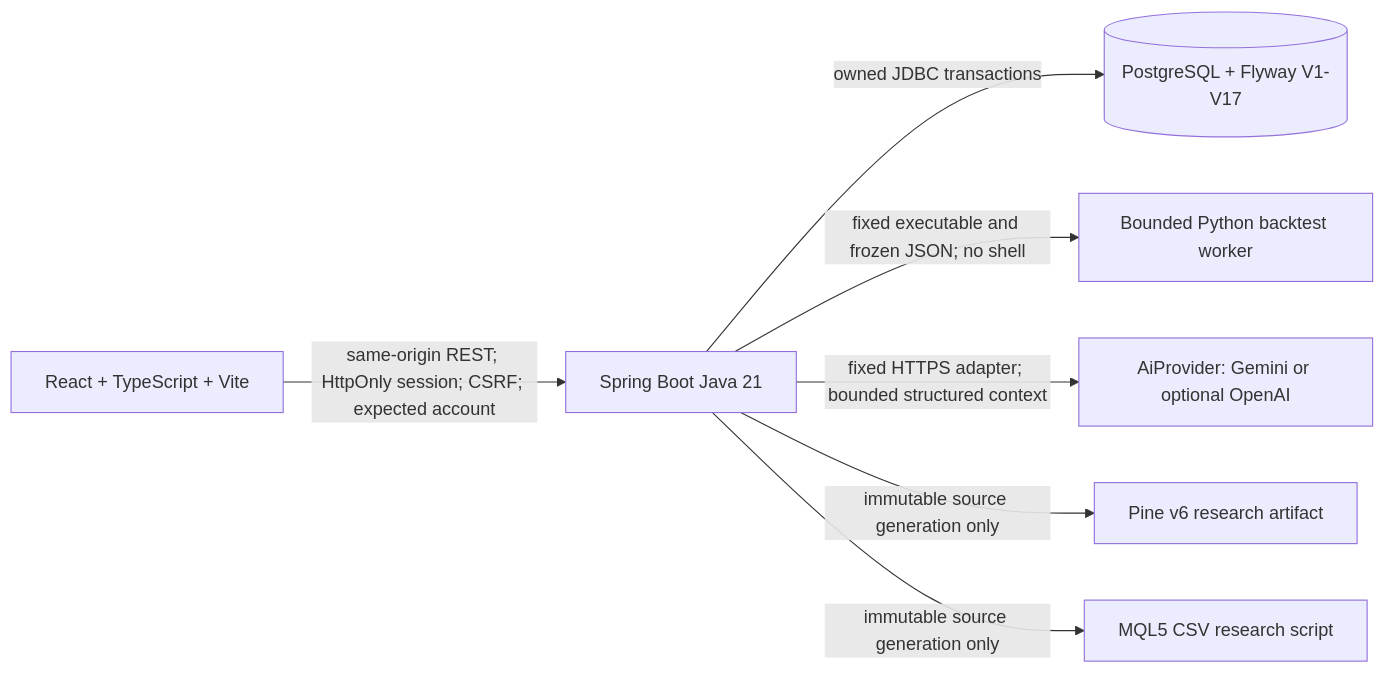
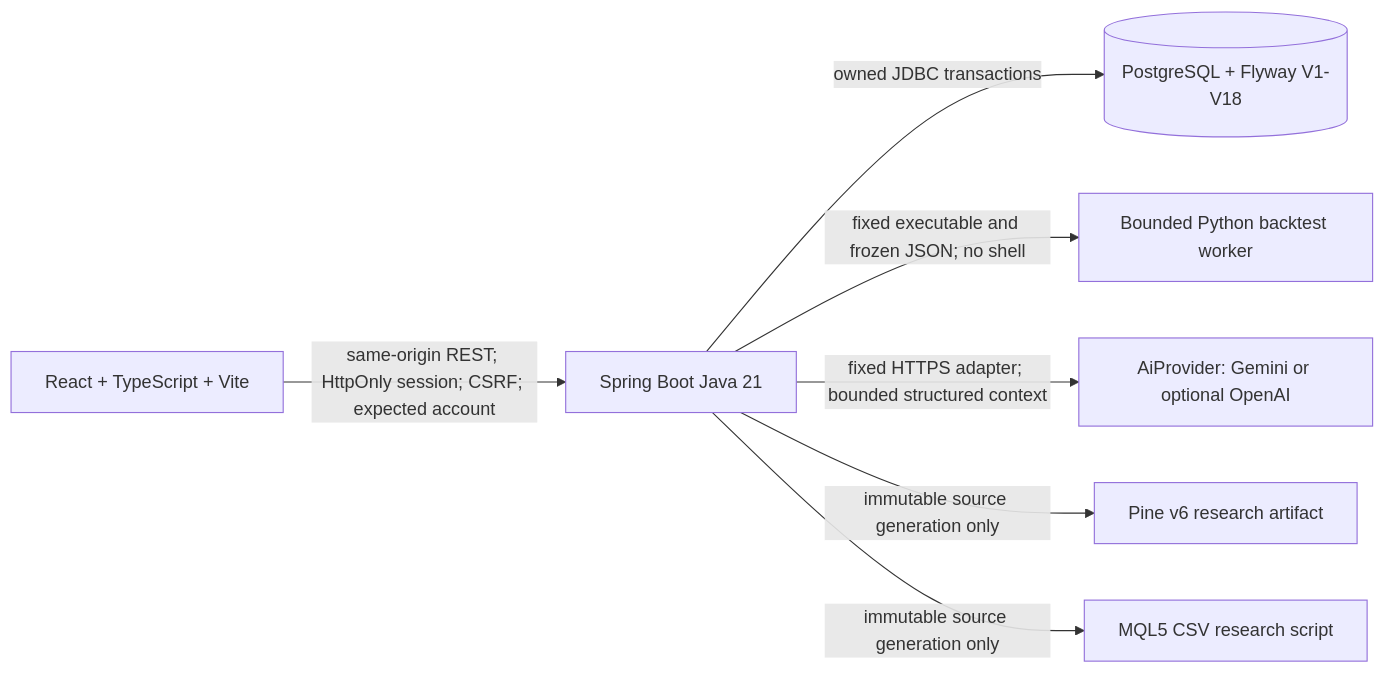
One commit to tranbaohoang10/AITrading changed the first of 4 diagrams in docs/architecture.md. Above: the diagram before and after it, drawn with Mermaid. The commit also changed 2 other files, not shown here.

Commit message:
test(chart): cập nhật readiness cho V18
Refs #36

````diff
--- a/docs/architecture.md
+++ b/docs/architecture.md
@@ -11,16 +11,16 @@
 ```mermaid
 flowchart LR
   Browser[React + TypeScript + Vite]
   API[Spring Boot Java 21]
-  DB[(PostgreSQL + Flyway V1-V17)]
+  DB[(PostgreSQL + Flyway V1-V18)]
   Python[Bounded Python backtest worker]
   AI[AiProvider: Gemini or optional OpenAI]
   Pine[Pine v6 research artifact]
   MQL[MQL5 CSV research script]
   Browser -->|same-origin REST; HttpOnly session; CSRF; expected account| API
   API -->|owned JDBC transactions| DB
   API -->|fixed executable and frozen JSON; no shell| Python
   API -->|fixed HTTPS adapter; bounded structured context| AI
   API -->|immutable source generation only| Pine
   API -->|immutable source generation only| MQL
 ```
````
